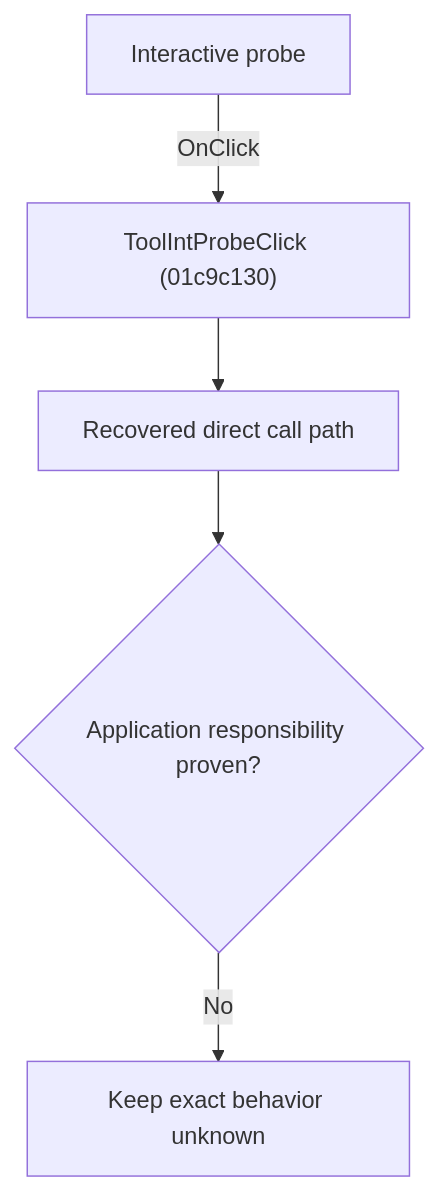
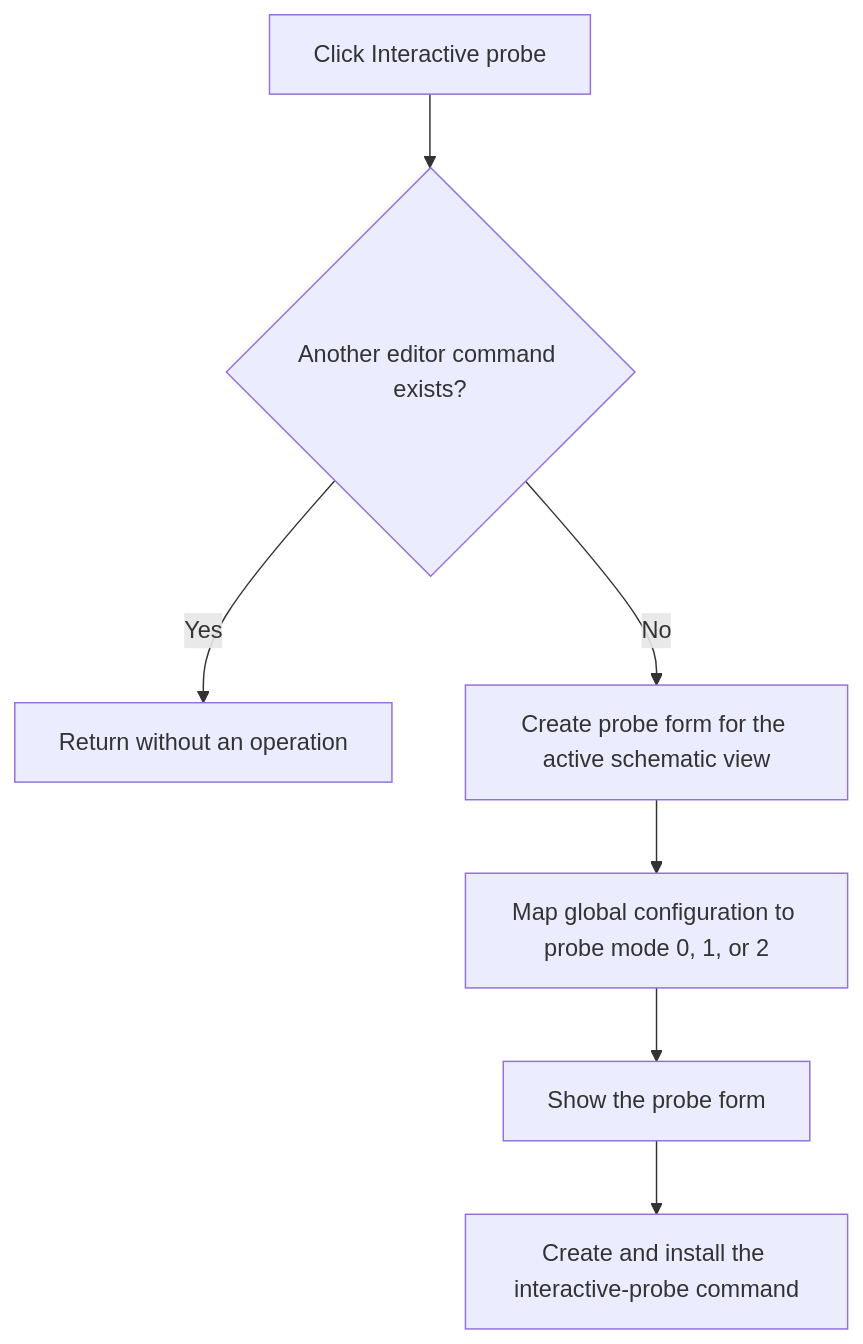
The diagram in docs/ui-controls/schematiceditor/toolintprobe-e77c96850a.md (MovGP0/TIARA), drawn with Mermaid before and after one commit. The commit also changed other lines of this file and 241 other files, not shown here.

````diff
--- a/docs/ui-controls/schematiceditor/toolintprobe-e77c96850a.md
+++ b/docs/ui-controls/schematiceditor/toolintprobe-e77c96850a.md
@@ -27,7 +27,9 @@
 ```mermaid
 flowchart TD
-    control["Interactive probe"] -->|"OnClick"| handler["ToolIntProbeClick (01c9c130)"]
-    handler --> recovered["Recovered direct call path"]
-    recovered --> gap{"Application responsibility proven?"}
-    gap -->|"No"| blocked["Keep exact behavior unknown"]
+    control["Click Interactive probe"] --> active{"Another editor command exists?"}
+    active -->|"Yes"| noop["Return without an operation"]
+    active -->|"No"| create["Create probe form for the active schematic view"]
+    create --> mode["Map global configuration to probe mode 0, 1, or 2"]
+    mode --> show["Show the probe form"]
+    show --> command["Create and install the interactive-probe command"]
 ```
````
